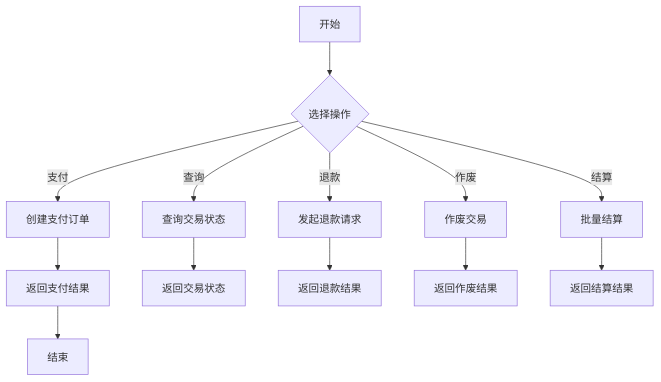
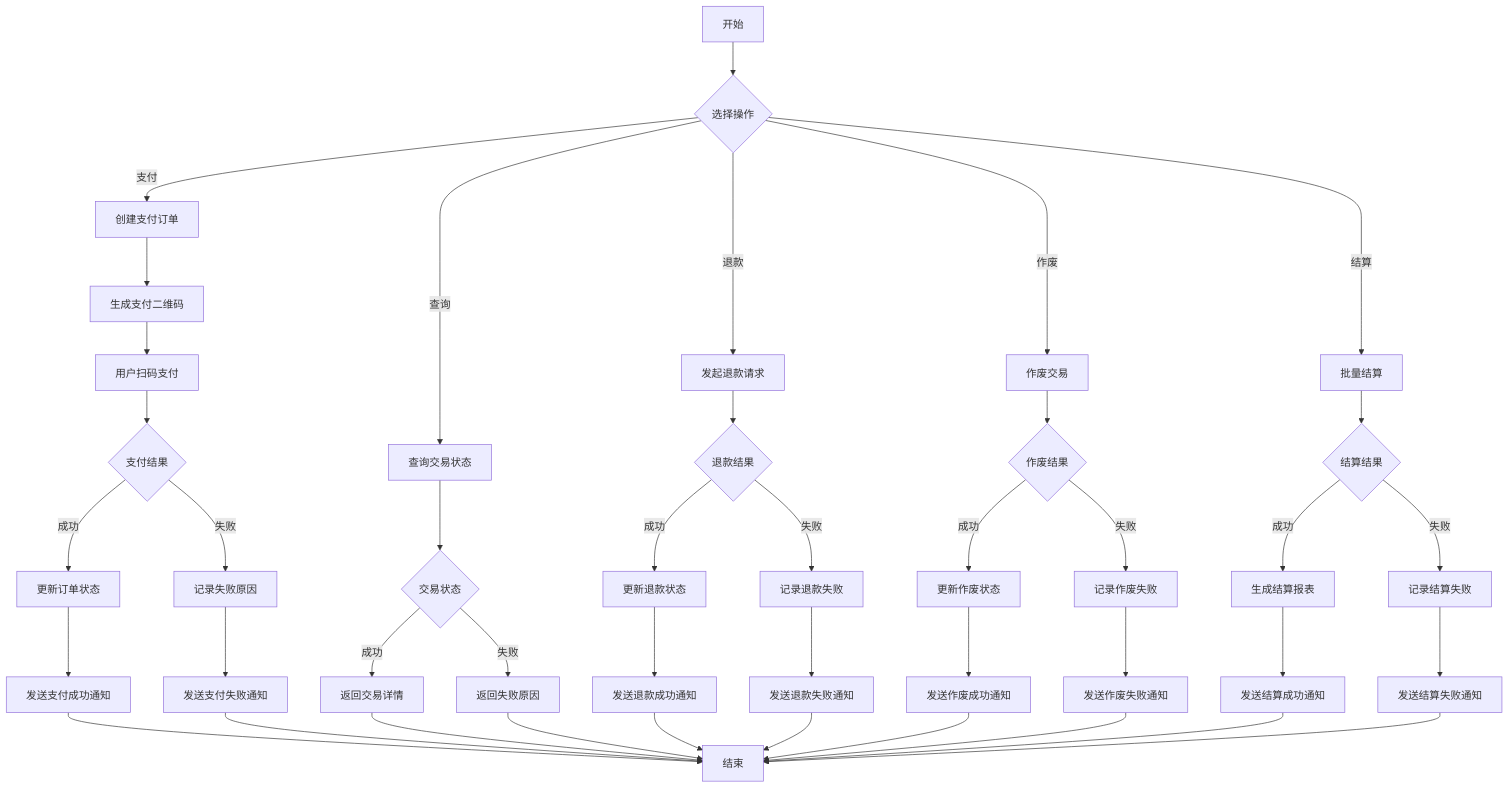
The diagram in README.md (SuperSunSun/FOMO-pay), drawn with Mermaid before and after one commit.

Commit message:
建立pomopay-spring-boot-starter

````diff
--- a/README.md
+++ b/README.md
@@ -102,15 +102,44 @@
 ```mermaid
 graph TD
     A[开始] --> B{选择操作}
     B -->|支付| C[创建支付订单]
-    C --> D[返回支付结果]
-    B -->|查询| E[查询交易状态]
-    E --> F[返回交易状态]
-    B -->|退款| G[发起退款请求]
-    G --> H[返回退款结果]
-    B -->|作废| I[作废交易]
-    I --> J[返回作废结果]
-    B -->|结算| K[批量结算]
-    K --> L[返回结算结果]
-    D --> M[结束]
+    C --> D[生成支付二维码]
+    D --> E[用户扫码支付]
+    E --> F{支付结果}
+    F -->|成功| G[更新订单状态]
+    F -->|失败| H[记录失败原因]
+    G --> I[发送支付成功通知]
+    H --> J[发送支付失败通知]
+    B -->|查询| K[查询交易状态]
+    K --> L{交易状态}
+    L -->|成功| M[返回交易详情]
+    L -->|失败| N[返回失败原因]
+    B -->|退款| O[发起退款请求]
+    O --> P{退款结果}
+    P -->|成功| Q[更新退款状态]
+    P -->|失败| R[记录退款失败]
+    Q --> S[发送退款成功通知]
+    R --> T[发送退款失败通知]
+    B -->|作废| U[作废交易]
+    U --> V{作废结果}
+    V -->|成功| W[更新作废状态]
+    V -->|失败| X[记录作废失败]
+    W --> Y[发送作废成功通知]
+    X --> Z[发送作废失败通知]
+    B -->|结算| AA[批量结算]
+    AA --> AB{结算结果}
+    AB -->|成功| AC[生成结算报表]
+    AB -->|失败| AD[记录结算失败]
+    AC --> AE[发送结算成功通知]
+    AD --> AF[发送结算失败通知]
+    I --> AG[结束]
+    J --> AG
+    M --> AG
+    N --> AG
+    S --> AG
+    T --> AG
+    Y --> AG
+    Z --> AG
+    AE --> AG
+    AF --> AG
 ```
````
